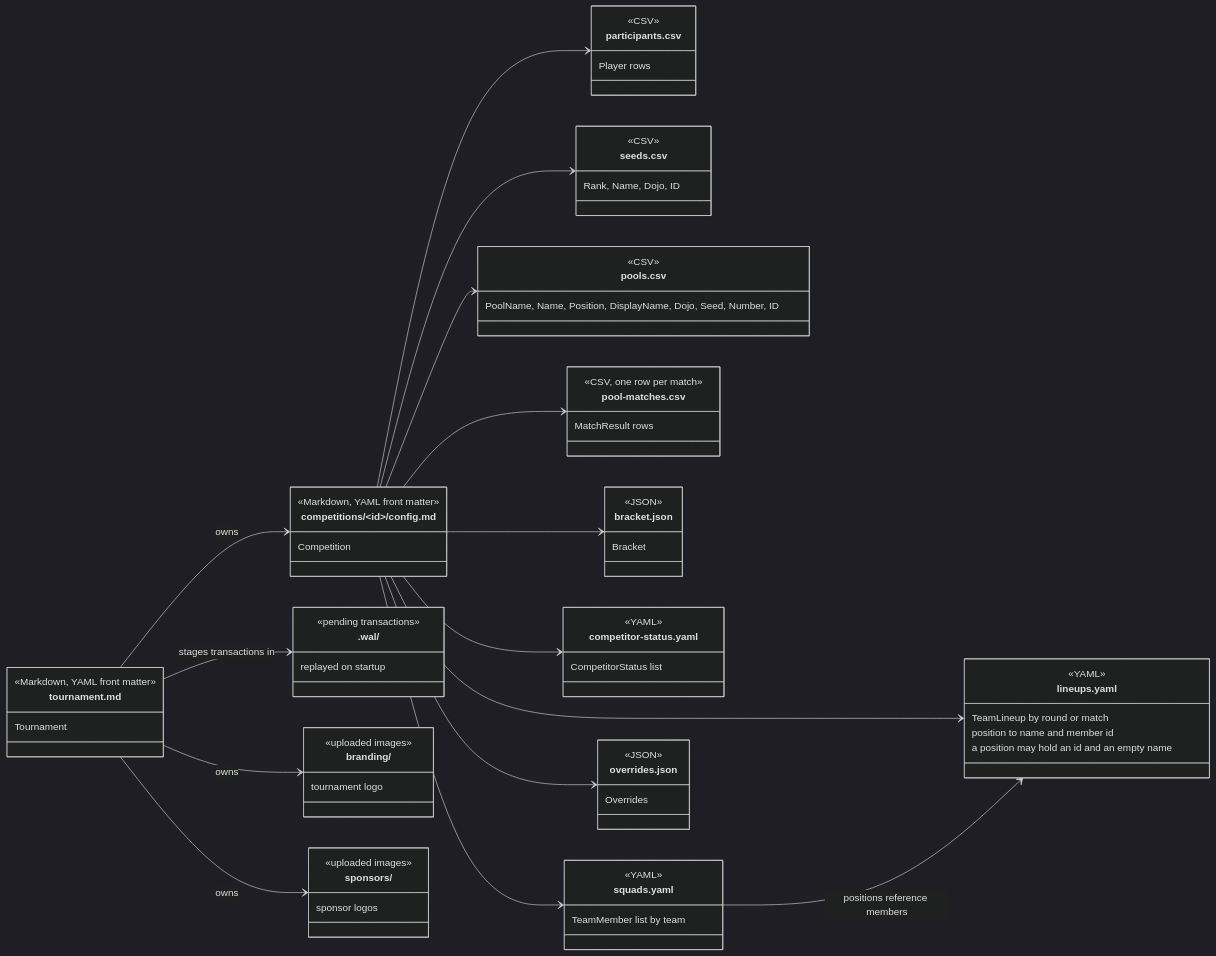
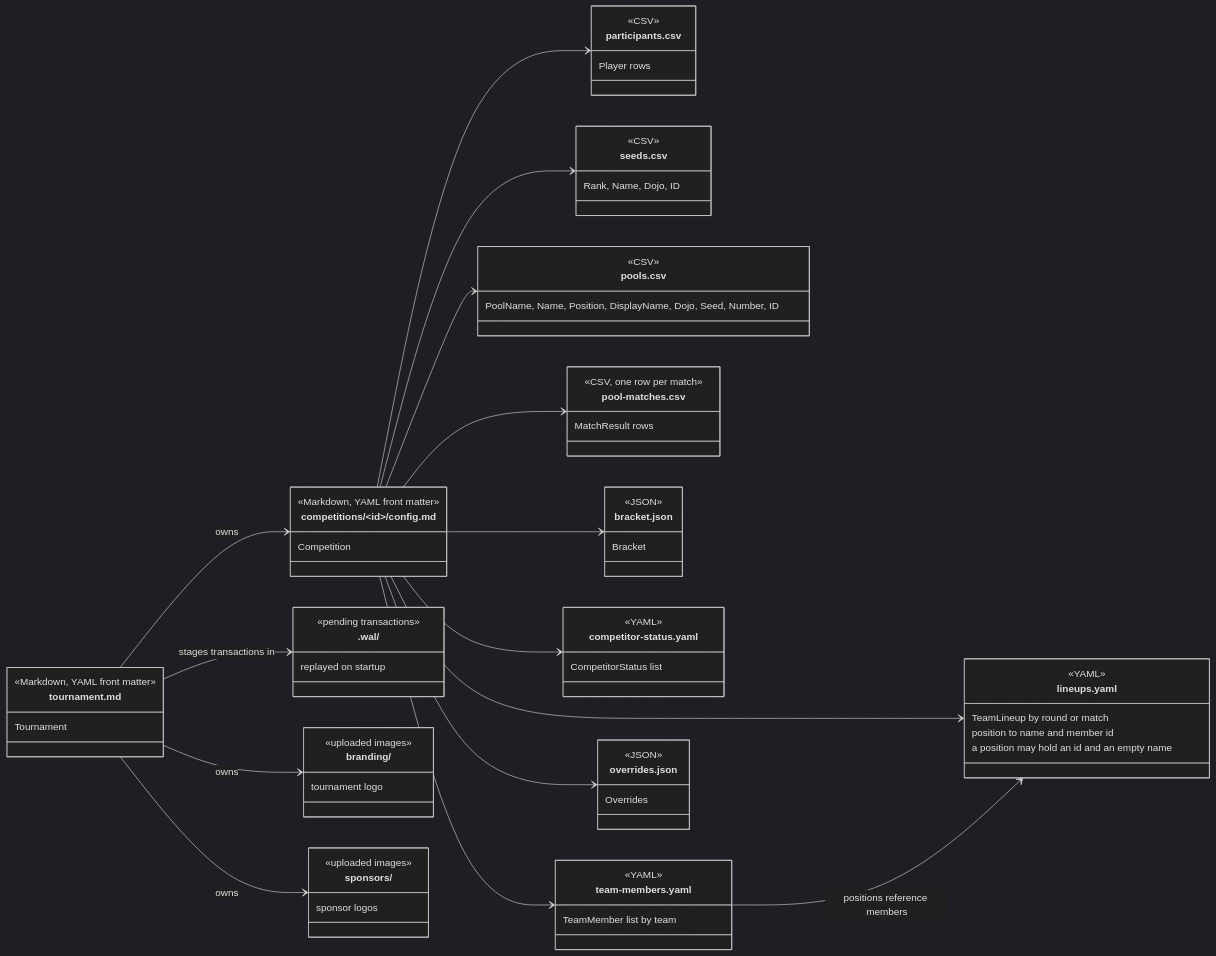
One commit to gitrgoliveira/bracket-creator changed the third of 4 diagrams in docs/architecture/data-model.md. Above: the diagram before and after it, drawn with Mermaid (dark theme). The commit also changed other lines of this file and 13 other files, not shown here.

````diff
--- a/docs/architecture/data-model.md
+++ b/docs/architecture/data-model.md
@@ -369,78 +368,78 @@
 ```mermaid
 classDiagram
     direction LR
 
     class tournament_md["tournament.md"] {
         <<Markdown, YAML front matter>>
         Tournament
     }
     class config_md["competitions/&lt;id&gt;/config.md"] {
         <<Markdown, YAML front matter>>
         Competition
     }
     class participants_csv["participants.csv"] {
         <<CSV>>
         Player rows
     }
     class seeds_csv["seeds.csv"] {
         <<CSV>>
         Rank, Name, Dojo, ID
     }
     class pools_csv["pools.csv"] {
         <<CSV>>
         PoolName, Name, Position, DisplayName, Dojo, Seed, Number, ID
     }
     class pool_matches_csv["pool-matches.csv"] {
         <<CSV, one row per match>>
         MatchResult rows
     }
     class bracket_json["bracket.json"] {
         <<JSON>>
         Bracket
     }
     class status_yaml["competitor-status.yaml"] {
         <<YAML>>
         CompetitorStatus list
     }
     class lineups_yaml["lineups.yaml"] {
         <<YAML>>
         TeamLineup by round or match
         position to name and member id
         a position may hold an id and an empty name
     }
-    class squads_yaml["squads.yaml"] {
+    class team_members_yaml["team-members.yaml"] {
         <<YAML>>
         TeamMember list by team
     }
     class overrides_json["overrides.json"] {
         <<JSON>>
         Overrides
     }
     class wal[".wal/"] {
         <<pending transactions>>
         replayed on startup
     }
     class branding_dir["branding/"] {
         <<uploaded images>>
         tournament logo
     }
     class sponsors_dir["sponsors/"] {
         <<uploaded images>>
         sponsor logos
     }
 
     tournament_md --> config_md : owns
     tournament_md --> branding_dir : owns
     tournament_md --> sponsors_dir : owns
     tournament_md --> wal : stages transactions in
     config_md --> participants_csv
     config_md --> seeds_csv
     config_md --> pools_csv
     config_md --> pool_matches_csv
     config_md --> bracket_json
     config_md --> status_yaml
     config_md --> lineups_yaml
-    config_md --> squads_yaml
+    config_md --> team_members_yaml
     config_md --> overrides_json
-    squads_yaml --> lineups_yaml : positions reference members
+    team_members_yaml --> lineups_yaml : positions reference members
 ```
````
